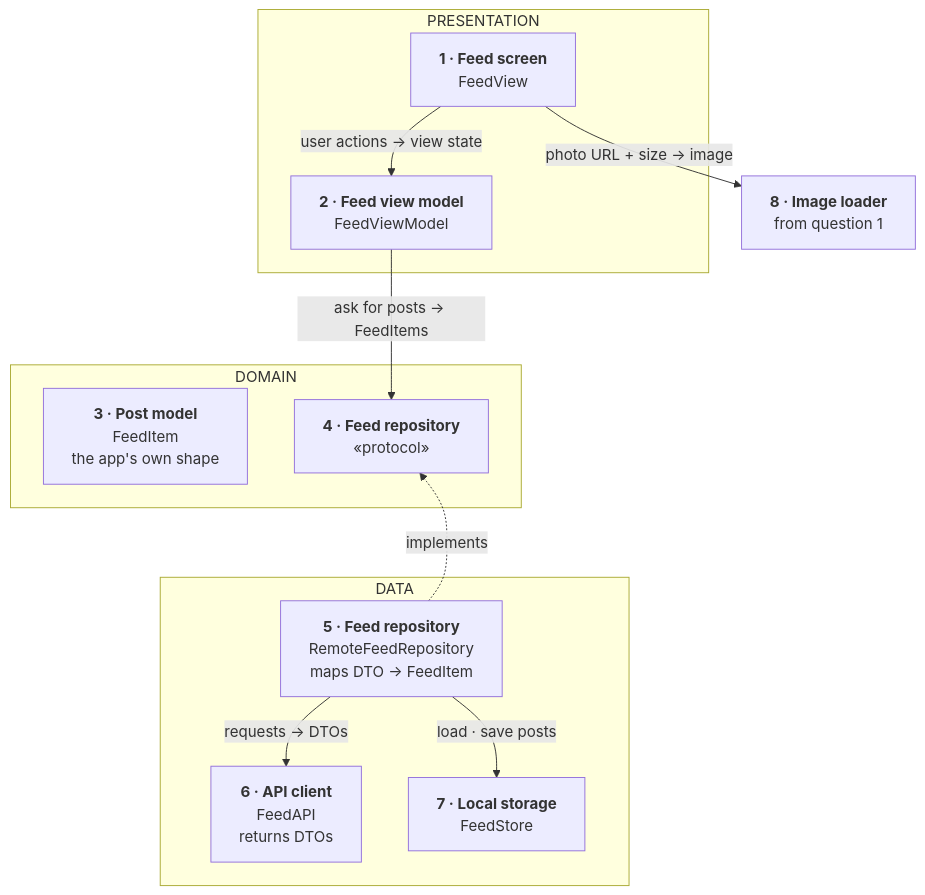
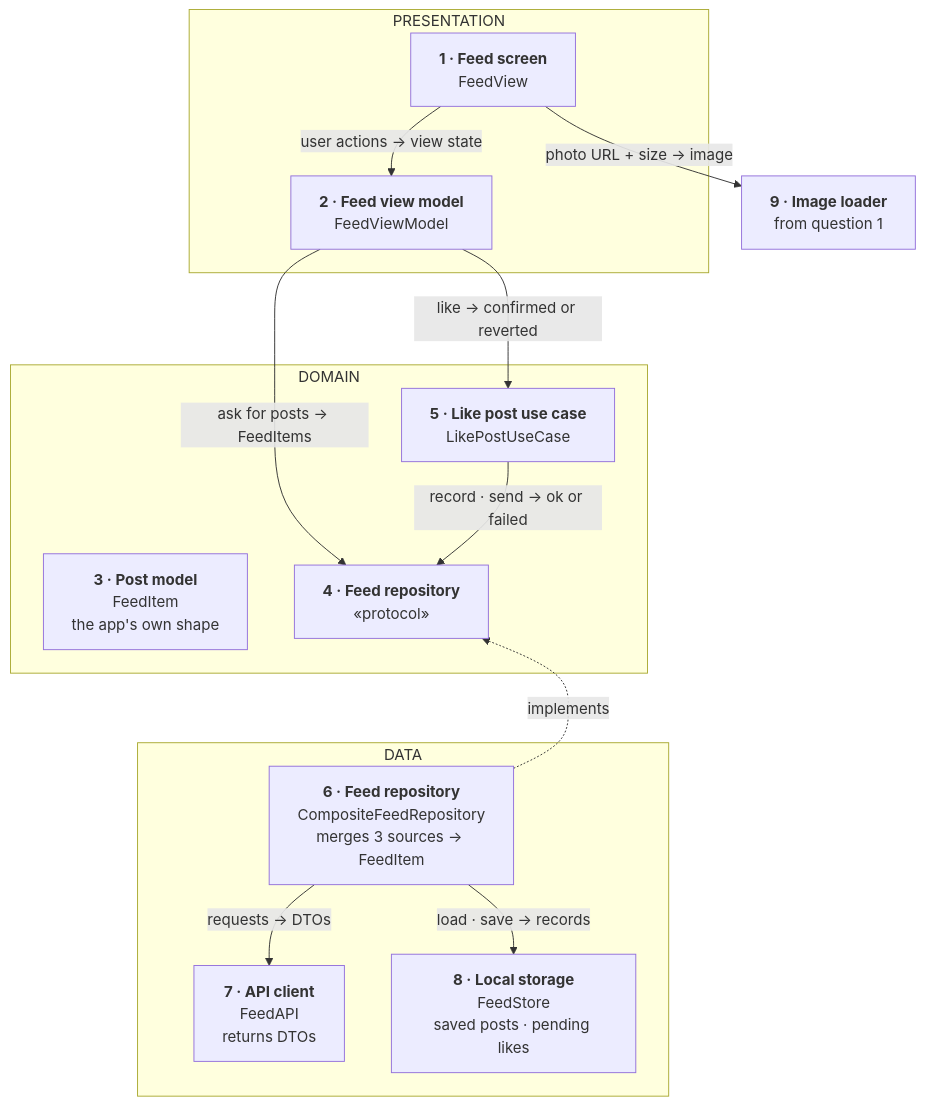
The first of 5 diagrams in topics/system-design/02-infinite-photo-feed.md (rezabina86/reference-desk), drawn with Mermaid before and after one commit. The commit also changed other lines of this file and 5 other files, not shown here.

````diff
--- a/topics/system-design/02-infinite-photo-feed.md
+++ b/topics/system-design/02-infinite-photo-feed.md
@@ -139,38 +143,43 @@
 ```mermaid
 flowchart TB
   subgraph P["PRESENTATION"]
     View["`**1 · Feed screen**
 FeedView`"] -- "user actions → view state" --> VM["`**2 · Feed view model**
 FeedViewModel`"]
   end
   subgraph D["DOMAIN"]
     Item["`**3 · Post model**
 FeedItem
 the app's own shape`"]
     Repo["`**4 · Feed repository**
 «protocol»`"]
+    Like["`**5 · Like post use case**
+LikePostUseCase`"]
   end
   subgraph DA["DATA"]
-    Impl["`**5 · Feed repository**
-RemoteFeedRepository
-maps DTO → FeedItem`"]
-    API["`**6 · API client**
+    Impl["`**6 · Feed repository**
+CompositeFeedRepository
+merges 3 sources → FeedItem`"]
+    API["`**7 · API client**
 FeedAPI
 returns DTOs`"]
-    Store["`**7 · Local storage**
-FeedStore`"]
+    Store["`**8 · Local storage**
+FeedStore
+saved posts · pending likes`"]
   end
-  Pipe["`**8 · Image loader**
+  Pipe["`**9 · Image loader**
 from question 1`"]
   VM -- "ask for posts → FeedItems" --> Repo
+  VM -- "like → confirmed or reverted" --> Like
+  Like -- "record · send → ok or failed" --> Repo
   Repo ~~~ Impl
   Impl -. "implements" .-> Repo
   Impl -- "requests → DTOs" --> API
-  Impl -- "load · save posts" --> Store
+  Impl -- "load · save → records" --> Store
   View -- "photo URL + size → image" --> Pipe
   class View,VM pres
-  class Item,Repo dom
+  class Item,Repo,Like dom
   class Impl,Store data
   class API net
   class Pipe reuse
 ```
````
